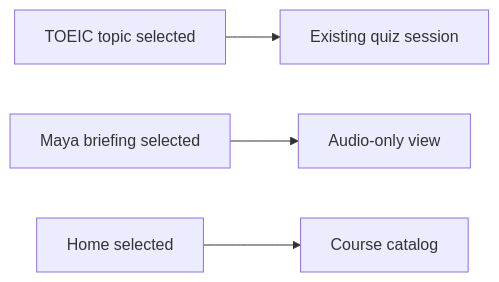
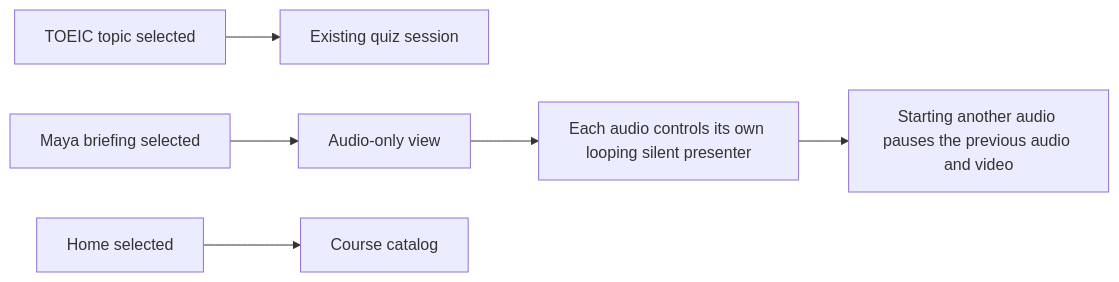
The second of 2 diagrams in docs/LEARNING_CATALOG.md (Vinskao/ty-multiverse), drawn with Mermaid before and after one commit. The commit also changed other lines of this file and 4 other files, not shown here.

Commit message:
feat(learn): implement audio playback control for Maya audio cards with independent video presentation

````diff
--- a/docs/LEARNING_CATALOG.md
+++ b/docs/LEARNING_CATALOG.md
@@ -36,6 +36,8 @@
 ```mermaid
 flowchart LR
   A[TOEIC topic selected] --> B[Existing quiz session]
   C[Maya briefing selected] --> D[Audio-only view]
+  D --> G[Each audio controls its own looping silent presenter]
+  G --> H[Starting another audio pauses the previous audio and video]
   E[Home selected] --> F[Course catalog]
 ```
````
